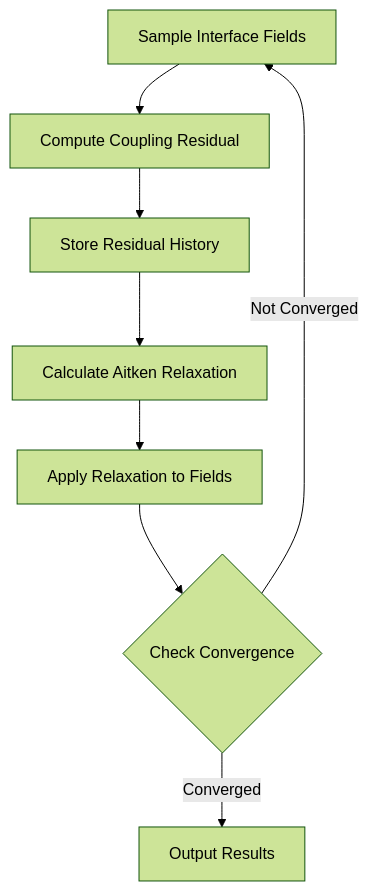
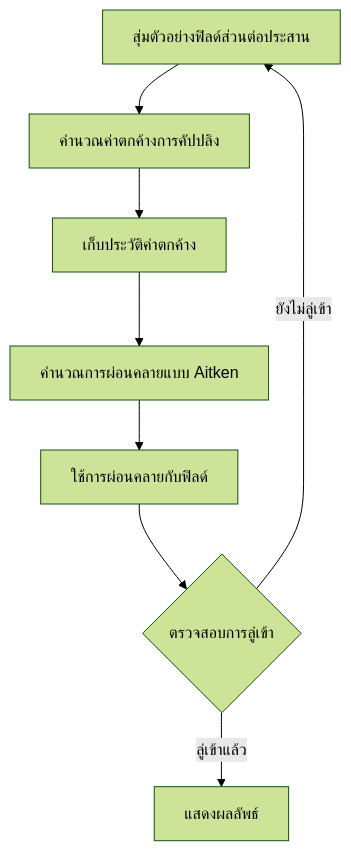
The third of 3 diagrams in MODULE_06_ADVANCED_PHYSICS/CONTENT/02_COUPLED_PHYSICS/06_Exercises.md (wramet/build-my-cfd), drawn with Mermaid (forest theme) before and after one commit. The commit also changed other lines of this file and 104 other files, not shown here.

````diff
--- a/MODULE_06_ADVANCED_PHYSICS/CONTENT/02_COUPLED_PHYSICS/06_Exercises.md
+++ b/MODULE_06_ADVANCED_PHYSICS/CONTENT/02_COUPLED_PHYSICS/06_Exercises.md
@@ -898,10 +898,10 @@
 ```mermaid
 flowchart TD
-    A[Sample Interface Fields] --> B[Compute Coupling Residual]
-    B --> C[Store Residual History]
-    C --> D[Calculate Aitken Relaxation]
-    D --> E[Apply Relaxation to Fields]
-    E --> F{Check Convergence}
-    F -->|Not Converged| A
-    F -->|Converged| G[Output Results]
+    A[สุ่มตัวอย่างฟิลด์ส่วนต่อประสาน] --> B[คำนวณค่าตกค้างการคัปปลิง]
+    B --> C[เก็บประวัติค่าตกค้าง]
+    C --> D[คำนวณการผ่อนคลายแบบ Aitken]
+    D --> E[ใช้การผ่อนคลายกับฟิลด์]
+    E --> F{ตรวจสอบการลู่เข้า}
+    F -->|ยังไม่ลู่เข้า| A
+    F -->|ลู่เข้าแล้ว| G[แสดงผลลัพธ์]
 ```
````
